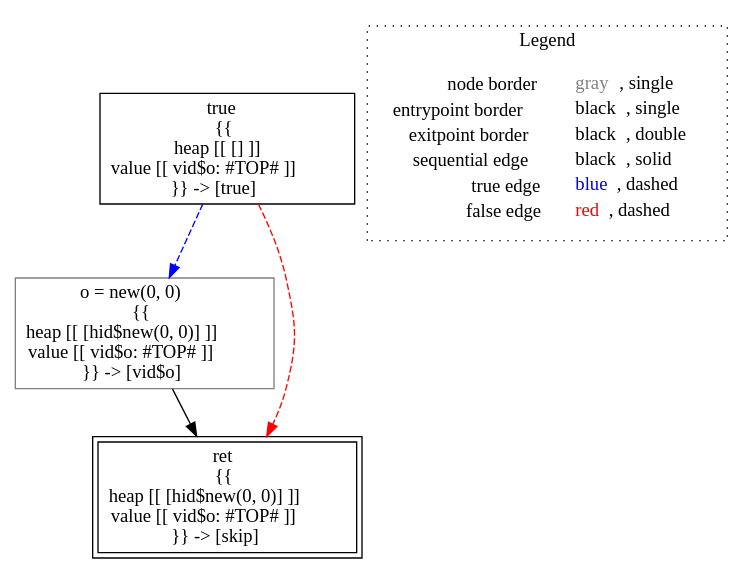
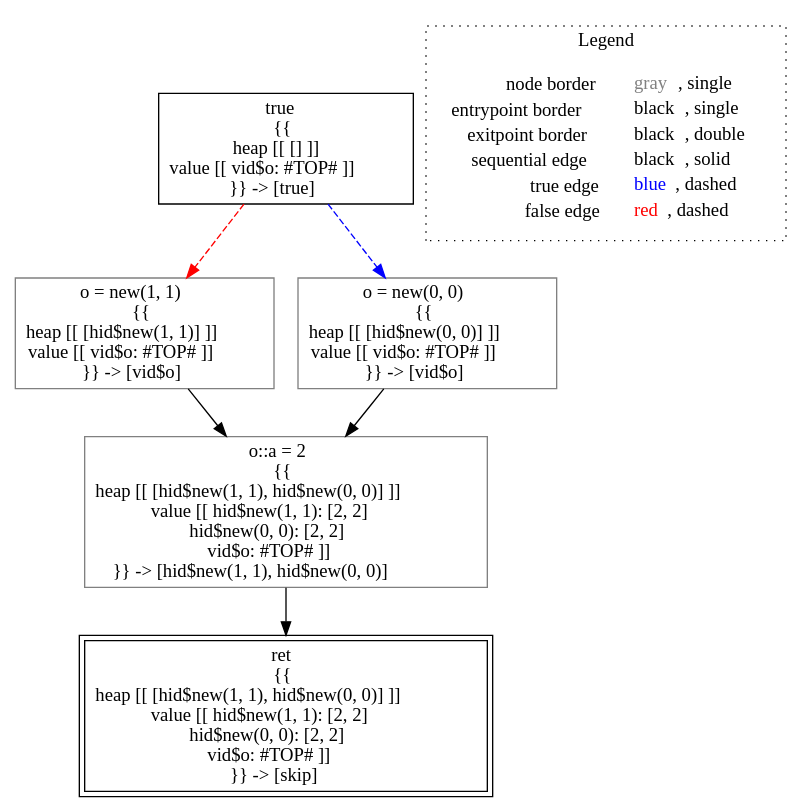
Before and after one commit to lisa-analyzer/lisa: the diagram in lisa/imp-testcases/heap/point-based-heap/analysis___untyped_A.f1(untyped_o).dot, drawn with Graphviz. The commit also changed 8 other files, not shown here.

```diff
--- a/lisa/imp-testcases/heap/point-based-heap/analysis___untyped_A.f1(untyped_o).dot
+++ b/lisa/imp-testcases/heap/point-based-heap/analysis___untyped_A.f1(untyped_o).dot
@@ -1,15 +1,19 @@
 digraph {
 	"node0" [shape="rect",color="black",label=<true<BR/>{{<BR/>heap [[ [] ]]<BR/>value [[ vid$o: #TOP# ]]<BR/>}} -&gt; [true]>];
-	"node1" [shape="rect",color="gray",label=<o = new(0, 0)<BR/>{{<BR/>heap [[ [hid$new(0, 0)] ]]<BR/>value [[ vid$o: #TOP# ]]<BR/>}} -&gt; [vid$o]>];
-	"node2" [shape="rect",color="black",peripheries="2",label=<ret<BR/>{{<BR/>heap [[ [hid$new(0, 0)] ]]<BR/>value [[ vid$o: #TOP# ]]<BR/>}} -&gt; [skip]>];
-	"node0" -> "node1" [color="blue",style="dashed"];
-	"node0" -> "node2" [color="red",style="dashed"];
+	"node1" [shape="rect",color="gray",label=<o = new(1, 1)<BR/>{{<BR/>heap [[ [hid$new(1, 1)] ]]<BR/>value [[ vid$o: #TOP# ]]<BR/>}} -&gt; [vid$o]>];
+	"node2" [shape="rect",color="gray",label=<o::a = 2<BR/>{{<BR/>heap [[ [hid$new(1, 1), hid$new(0, 0)] ]]<BR/>value [[ hid$new(1, 1): [2, 2]<BR/>hid$new(0, 0): [2, 2]<BR/>vid$o: #TOP# ]]<BR/>}} -&gt; [hid$new(1, 1), hid$new(0, 0)]>];
+	"node3" [shape="rect",color="gray",label=<o = new(0, 0)<BR/>{{<BR/>heap [[ [hid$new(0, 0)] ]]<BR/>value [[ vid$o: #TOP# ]]<BR/>}} -&gt; [vid$o]>];
+	"node4" [shape="rect",color="black",peripheries="2",label=<ret<BR/>{{<BR/>heap [[ [hid$new(1, 1), hid$new(0, 0)] ]]<BR/>value [[ hid$new(1, 1): [2, 2]<BR/>hid$new(0, 0): [2, 2]<BR/>vid$o: #TOP# ]]<BR/>}} -&gt; [skip]>];
+	"node0" -> "node1" [color="red",style="dashed"];
+	"node0" -> "node3" [color="blue",style="dashed"];
 	"node1" -> "node2" [color="black"];
+	"node2" -> "node4" [color="black"];
+	"node3" -> "node2" [color="black"];
 subgraph cluster_legend {
 	label="Legend";
 	style=dotted;
 	node [shape=plaintext];
 	"legend" [label=<<table border="0" cellpadding="2" cellspacing="0" cellborder="0"><tr><td align="right">node border&nbsp;</td><td align="left"><font color="gray">gray</font>, single</td></tr><tr><td align="right">entrypoint border&nbsp;</td><td align="left"><font color="black">black</font>, single</td></tr><tr><td align="right">exitpoint border&nbsp;</td><td align="left"><font color="black">black</font>, double</td></tr><tr><td align="right">sequential edge&nbsp;</td><td align="left"><font color="black">black</font>, solid</td></tr><tr><td align="right">true edge&nbsp;</td><td align="left"><font color="blue">blue</font>, dashed</td></tr><tr><td align="right">false edge&nbsp;</td><td align="left"><font color="red">red</font>, dashed</td></tr></table>>];
 }
 
 }
```
